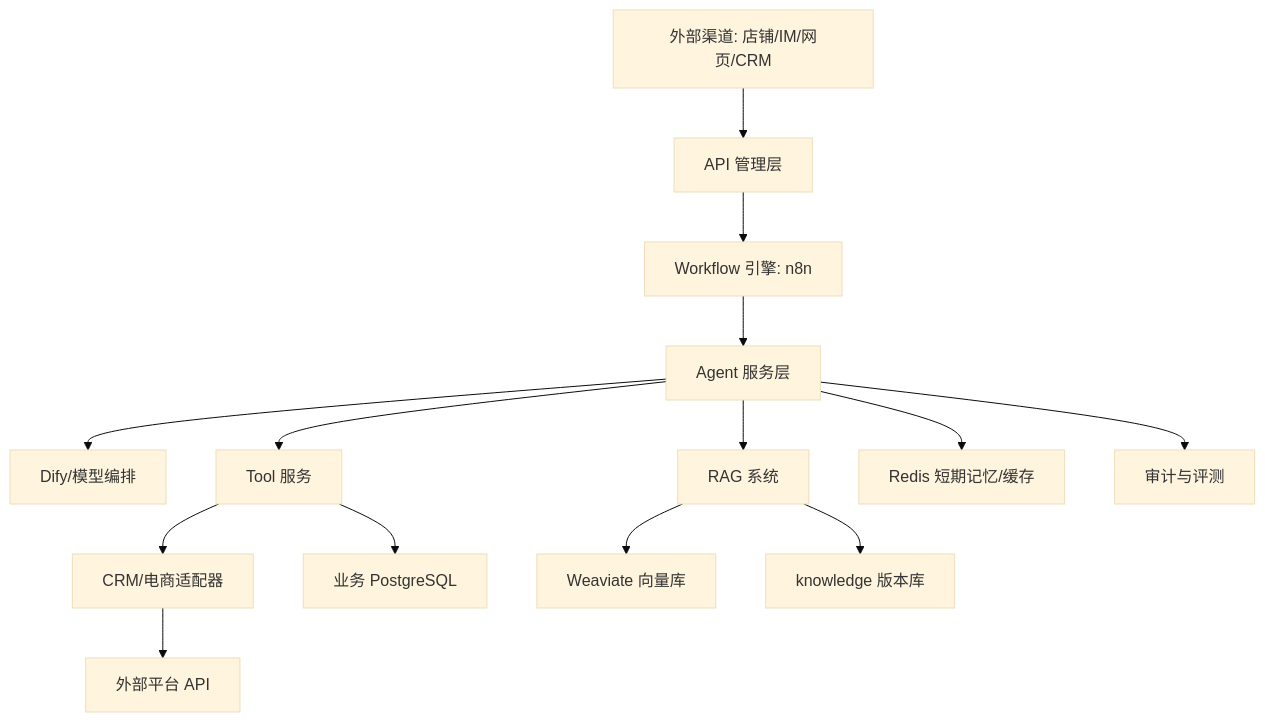
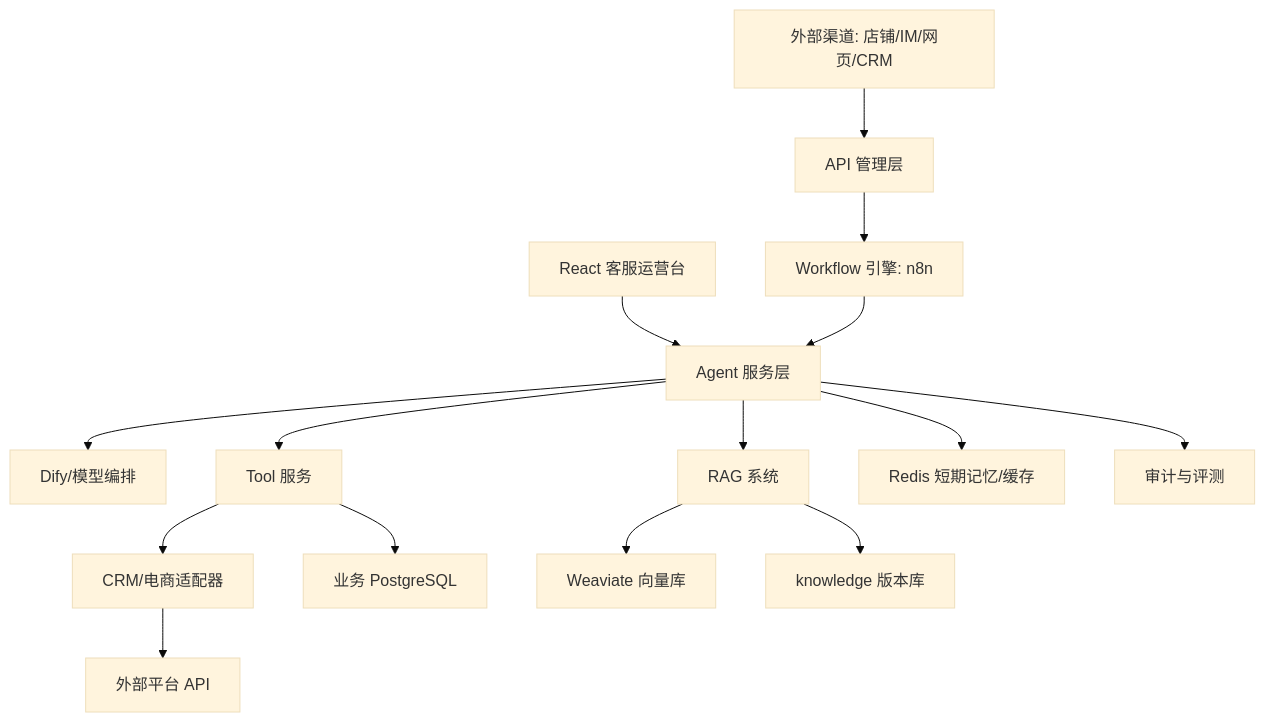
One commit to ShuiYi2005/AIdianshang changed the diagram in docs/ARCHITECTURE.md. Above: the diagram before and after it, drawn with Mermaid (base theme). The commit also changed other lines of this file and 20 other files, not shown here.

````diff
--- a/docs/ARCHITECTURE.md
+++ b/docs/ARCHITECTURE.md
@@ -9,16 +9,17 @@
 ```mermaid
 flowchart TD
   Channel["外部渠道: 店铺/IM/网页/CRM"] --> Gateway["API 管理层"]
   Gateway --> Workflow["Workflow 引擎: n8n"]
+  Console["React 客服运营台"] --> Agent
   Workflow --> Agent["Agent 服务层"]
   Agent --> Dify["Dify/模型编排"]
   Agent --> Rag["RAG 系统"]
   Agent --> Tools["Tool 服务"]
   Tools --> Adapters["CRM/电商适配器"]
   Adapters --> External["外部平台 API"]
   Tools --> BusinessDb["业务 PostgreSQL"]
   Agent --> Redis["Redis 短期记忆/缓存"]
   Agent --> Audit["审计与评测"]
   Rag --> VectorDb["Weaviate 向量库"]
   Rag --> Knowledge["knowledge 版本库"]
 ```
````
